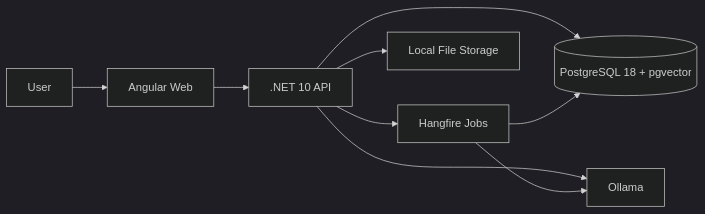
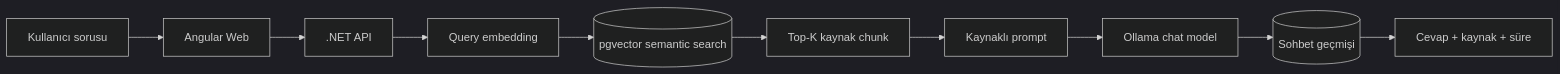
Before and after one commit to omerfurkanguney/CompanyKnowledgeRagAssistant: the second of 6 diagrams in README.md, drawn with Mermaid (dark theme). The commit also changed other lines of this file, not shown here.

Commit message:
docs(readme): enhance architecture section with document processing and user Q&A flowcharts

````diff
--- a/README.md
+++ b/README.md
@@ -78,11 +100,12 @@
 ```mermaid
 flowchart LR
-    U[User] --> W[Angular Web]
-    W --> A[.NET 10 API]
-    A --> P[(PostgreSQL 18 + pgvector)]
-    A --> O[Ollama]
-    A --> H[Hangfire Jobs]
-    H --> P
-    H --> O
-    A --> S[Local File Storage]
+    A[Kullanıcı sorusu] --> B[Angular Web]
+    B --> C[.NET API]
+    C --> D[Query embedding]
+    D --> E[(pgvector semantic search)]
+    E --> F[Top-K kaynak chunk]
+    F --> G[Kaynaklı prompt]
+    G --> H[Ollama chat model]
+    H --> I[(Sohbet geçmişi)]
+    I --> J[Cevap + kaynak + süre]
 ```
````
